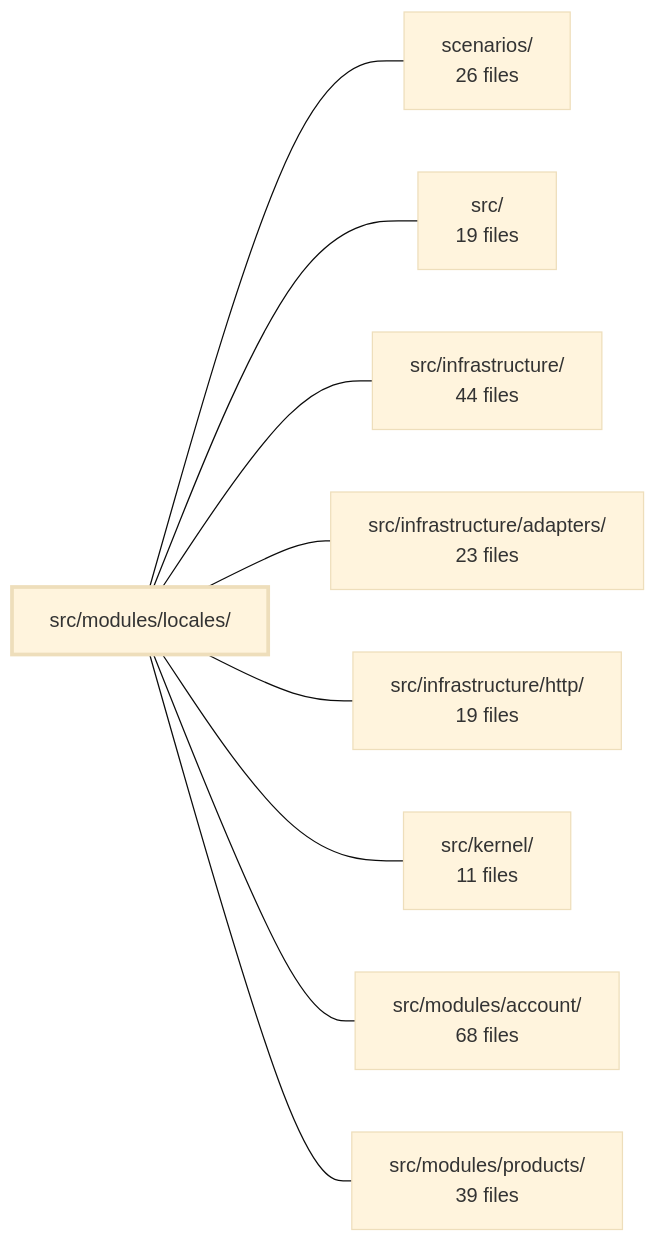
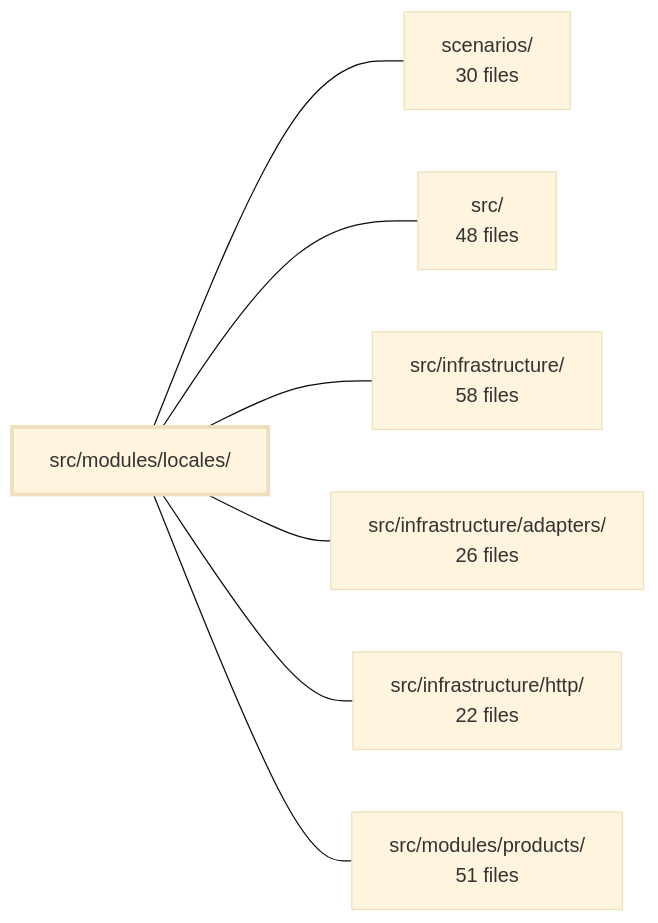
One commit to Guebbit/boilerplate-node-backend changed the diagram in .2brain/modules/boilerplate-node-backend_src_modules_locales.md. Above: the diagram before and after it, drawn with Mermaid (base theme). The commit also changed other lines of this file and 187 other files, not shown here.

````diff
--- a/.2brain/modules/boilerplate-node-backend_src_modules_locales.md
+++ b/.2brain/modules/boilerplate-node-backend_src_modules_locales.md
@@ -38,21 +38,17 @@
 ```mermaid
 flowchart LR
     m_src_modules_locales["src/modules/locales/"]
-    m_scenarios["scenarios/<br/>26 files"]
-    m_src["src/<br/>19 files"]
-    m_src_infrastructure["src/infrastructure/<br/>44 files"]
-    m_src_infrastructure_adapters["src/infrastructure/adapters/<br/>23 files"]
-    m_src_infrastructure_http["src/infrastructure/http/<br/>19 files"]
-    m_src_kernel["src/kernel/<br/>11 files"]
-    m_src_modules_account["src/modules/account/<br/>68 files"]
-    m_src_modules_products["src/modules/products/<br/>39 files"]
+    m_scenarios["scenarios/<br/>30 files"]
+    m_src["src/<br/>48 files"]
+    m_src_infrastructure["src/infrastructure/<br/>58 files"]
+    m_src_infrastructure_adapters["src/infrastructure/adapters/<br/>26 files"]
+    m_src_infrastructure_http["src/infrastructure/http/<br/>22 files"]
+    m_src_modules_products["src/modules/products/<br/>51 files"]
     m_src_modules_locales --- m_scenarios
     m_src_modules_locales --- m_src
     m_src_modules_locales --- m_src_infrastructure
     m_src_modules_locales --- m_src_infrastructure_adapters
     m_src_modules_locales --- m_src_infrastructure_http
-    m_src_modules_locales --- m_src_kernel
-    m_src_modules_locales --- m_src_modules_account
     m_src_modules_locales --- m_src_modules_products
     style m_src_modules_locales stroke-width:3px
 ```
````
